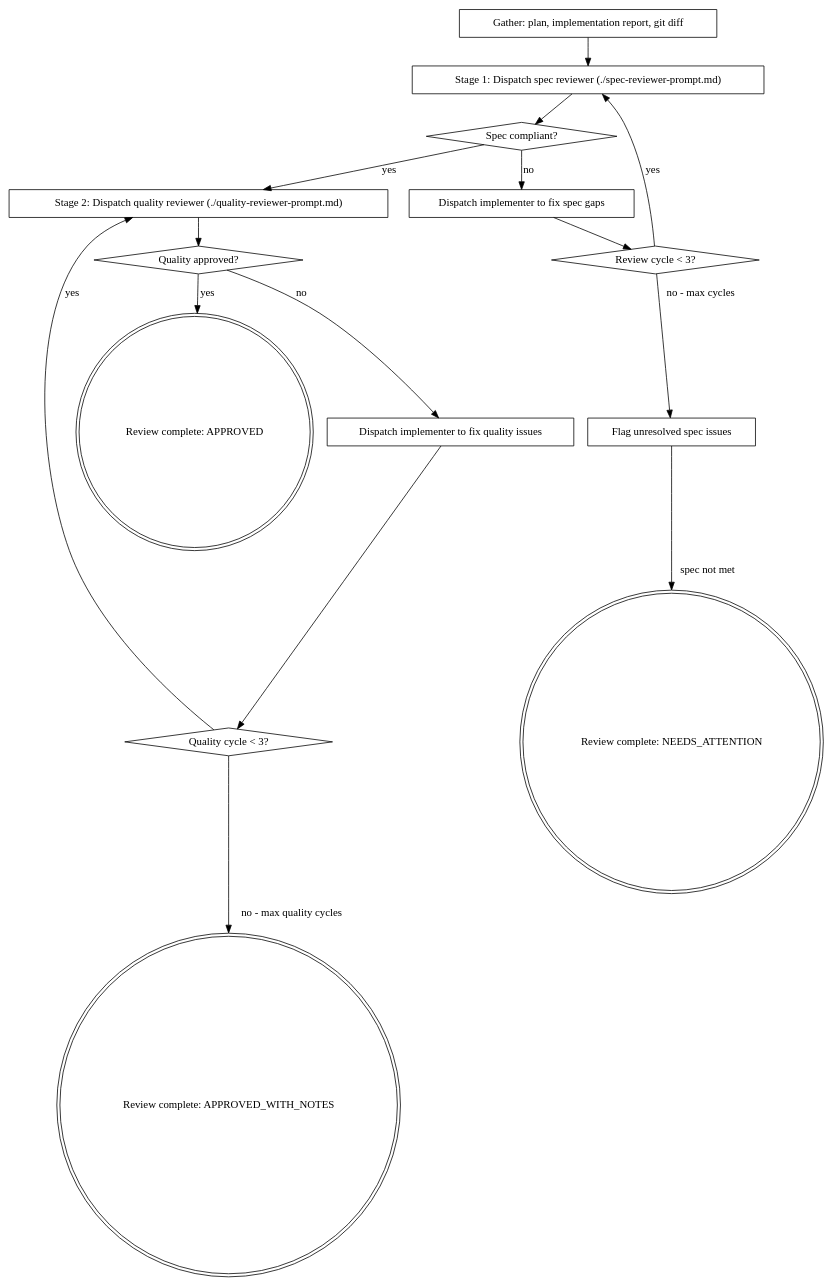
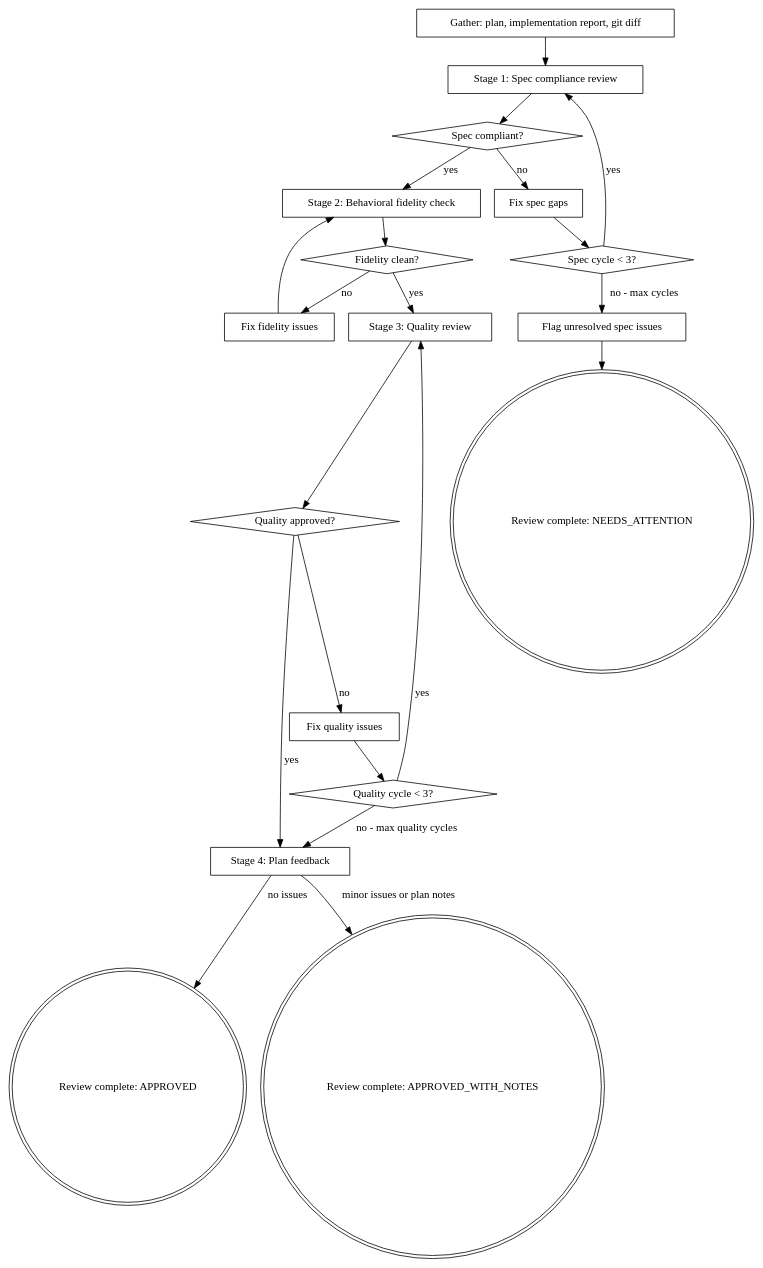
One commit to hybriden/shipwright changed the diagram in skills/auto-review/SKILL.md. Above: the diagram before and after it, drawn with Graphviz. The commit also changed other lines of this file and 14 other files, not shown here.

````diff
--- a/skills/auto-review/SKILL.md
+++ b/skills/auto-review/SKILL.md
@@ -32,34 +32,44 @@
 ```dot
 digraph auto_review {
     rankdir=TB;
 
     "Gather: plan, implementation report, git diff" [shape=box];
-    "Stage 1: Dispatch spec reviewer (./spec-reviewer-prompt.md)" [shape=box];
+    "Stage 1: Spec compliance review" [shape=box];
     "Spec compliant?" [shape=diamond];
-    "Dispatch implementer to fix spec gaps" [shape=box];
-    "Review cycle < 3?" [shape=diamond];
-    "Stage 2: Dispatch quality reviewer (./quality-reviewer-prompt.md)" [shape=box];
+    "Fix spec gaps" [shape=box];
+    "Spec cycle < 3?" [shape=diamond];
+    "Stage 2: Behavioral fidelity check" [shape=box];
+    "Fidelity clean?" [shape=diamond];
+    "Fix fidelity issues" [shape=box];
+    "Stage 3: Quality review" [shape=box];
     "Quality approved?" [shape=diamond];
-    "Dispatch implementer to fix quality issues" [shape=box];
+    "Fix quality issues" [shape=box];
     "Quality cycle < 3?" [shape=diamond];
+    "Stage 4: Plan feedback" [shape=box];
     "Review complete: APPROVED" [shape=doublecircle];
     "Review complete: APPROVED_WITH_NOTES" [shape=doublecircle];
     "Review complete: NEEDS_ATTENTION" [shape=doublecircle];
     "Flag unresolved spec issues" [shape=box];
 
-    "Gather: plan, implementation report, git diff" -> "Stage 1: Dispatch spec reviewer (./spec-reviewer-prompt.md)";
-    "Stage 1: Dispatch spec reviewer (./spec-reviewer-prompt.md)" -> "Spec compliant?";
-    "Spec compliant?" -> "Stage 2: Dispatch quality reviewer (./quality-reviewer-prompt.md)" [label="yes"];
-    "Spec compliant?" -> "Dispatch implementer to fix spec gaps" [label="no"];
-    "Dispatch implementer to fix spec gaps" -> "Review cycle < 3?";
-    "Review cycle < 3?" -> "Stage 1: Dispatch spec reviewer (./spec-reviewer-prompt.md)" [label="yes"];
-    "Review cycle < 3?" -> "Flag unresolved spec issues" [label="no - max cycles"];
-    "Flag unresolved spec issues" -> "Review complete: NEEDS_ATTENTION" [label="spec not met"];
-    "Stage 2: Dispatch quality reviewer (./quality-reviewer-prompt.md)" -> "Quality approved?";
-    "Quality approved?" -> "Review complete: APPROVED" [label="yes"];
-    "Quality approved?" -> "Dispatch implementer to fix quality issues" [label="no"];
-    "Dispatch implementer to fix quality issues" -> "Quality cycle < 3?";
-    "Quality cycle < 3?" -> "Stage 2: Dispatch quality reviewer (./quality-reviewer-prompt.md)" [label="yes"];
-    "Quality cycle < 3?" -> "Review complete: APPROVED_WITH_NOTES" [label="no - max quality cycles"];
+    "Gather: plan, implementation report, git diff" -> "Stage 1: Spec compliance review";
+    "Stage 1: Spec compliance review" -> "Spec compliant?";
+    "Spec compliant?" -> "Stage 2: Behavioral fidelity check" [label="yes"];
+    "Spec compliant?" -> "Fix spec gaps" [label="no"];
+    "Fix spec gaps" -> "Spec cycle < 3?";
+    "Spec cycle < 3?" -> "Stage 1: Spec compliance review" [label="yes"];
+    "Spec cycle < 3?" -> "Flag unresolved spec issues" [label="no - max cycles"];
+    "Flag unresolved spec issues" -> "Review complete: NEEDS_ATTENTION";
+    "Stage 2: Behavioral fidelity check" -> "Fidelity clean?";
+    "Fidelity clean?" -> "Stage 3: Quality review" [label="yes"];
+    "Fidelity clean?" -> "Fix fidelity issues" [label="no"];
+    "Fix fidelity issues" -> "Stage 2: Behavioral fidelity check";
+    "Stage 3: Quality review" -> "Quality approved?";
+    "Quality approved?" -> "Stage 4: Plan feedback" [label="yes"];
+    "Quality approved?" -> "Fix quality issues" [label="no"];
+    "Fix quality issues" -> "Quality cycle < 3?";
+    "Quality cycle < 3?" -> "Stage 3: Quality review" [label="yes"];
+    "Quality cycle < 3?" -> "Stage 4: Plan feedback" [label="no - max quality cycles"];
+    "Stage 4: Plan feedback" -> "Review complete: APPROVED" [label="no issues"];
+    "Stage 4: Plan feedback" -> "Review complete: APPROVED_WITH_NOTES" [label="minor issues or plan notes"];
 }
 ```
````
